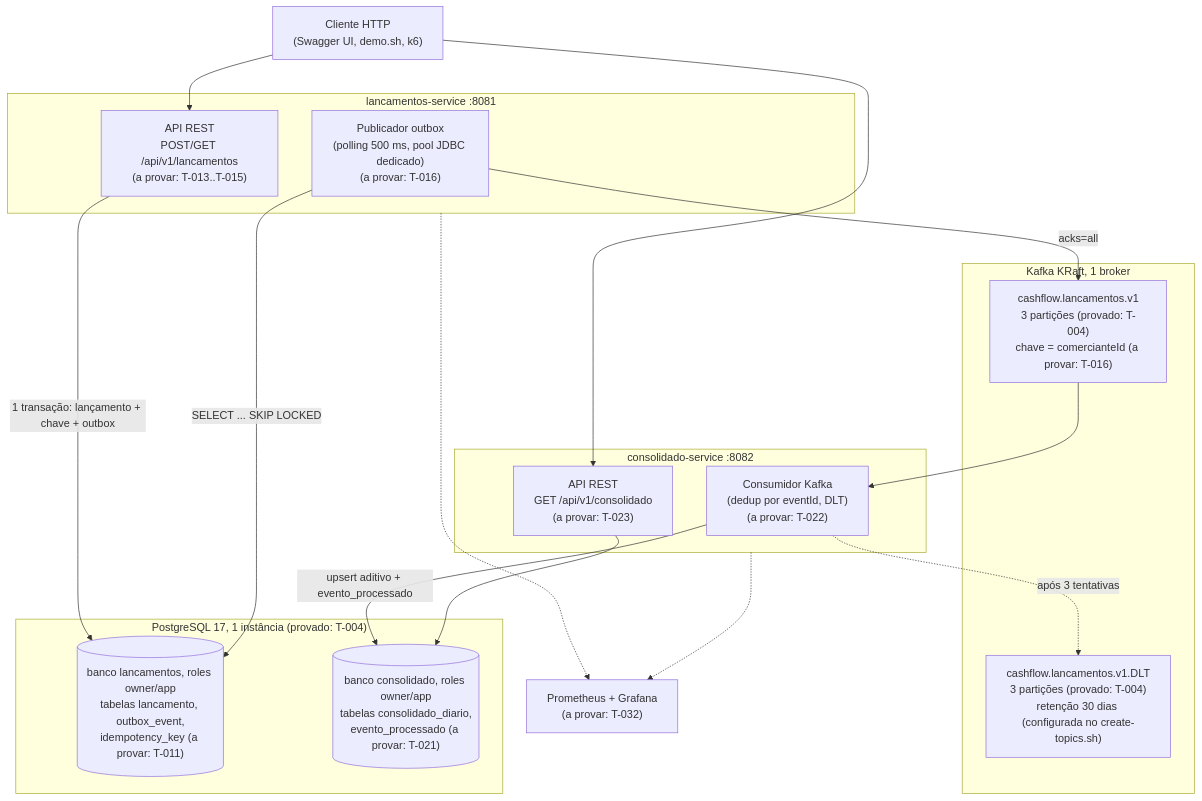
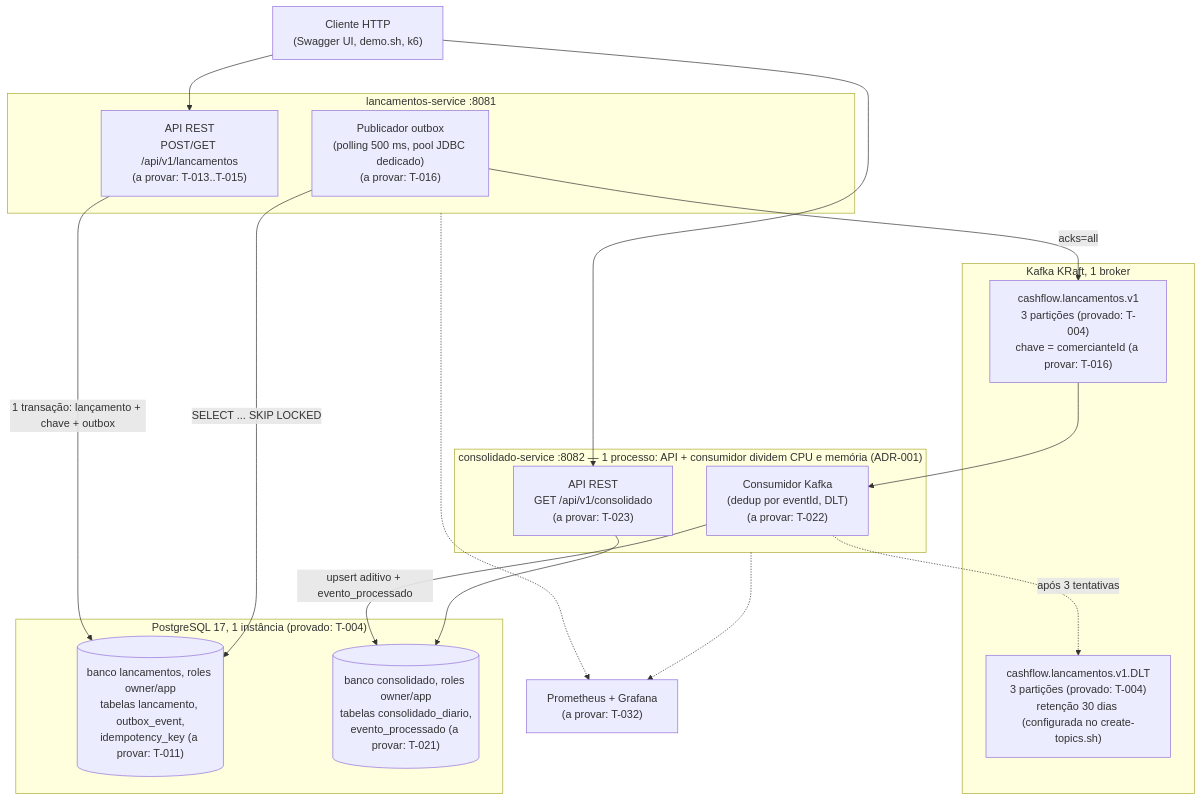
The second of 4 diagrams in docs/architecture/architecture.md (VictorLeaSilva/cashflow-platform), drawn with Mermaid before and after one commit. The commit also changed other lines of this file and 5 other files, not shown here.

````diff
--- a/docs/architecture/architecture.md
+++ b/docs/architecture/architecture.md
@@ -74,38 +91,38 @@
 ```mermaid
 flowchart TB
     cli["Cliente HTTP<br/>(Swagger UI, demo.sh, k6)"]
 
     subgraph L["lancamentos-service :8081"]
       lapi["API REST<br/>POST/GET /api/v1/lancamentos<br/>(a provar: T-013..T-015)"]
       lpub["Publicador outbox<br/>(polling 500 ms, pool JDBC dedicado)<br/>(a provar: T-016)"]
     end
 
-    subgraph C["consolidado-service :8082"]
+    subgraph C["consolidado-service :8082 — 1 processo: API + consumidor dividem CPU e memória (ADR-001)"]
       capi["API REST<br/>GET /api/v1/consolidado<br/>(a provar: T-023)"]
       ccons["Consumidor Kafka<br/>(dedup por eventId, DLT)<br/>(a provar: T-022)"]
     end
 
     subgraph PG["PostgreSQL 17, 1 instância (provado: T-004)"]
       dbl[("banco lancamentos, roles owner/app<br/>tabelas lancamento, outbox_event,<br/>idempotency_key (a provar: T-011)")]
       dbc[("banco consolidado, roles owner/app<br/>tabelas consolidado_diario,<br/>evento_processado (a provar: T-021)")]
     end
 
     subgraph K["Kafka KRaft, 1 broker"]
       t["cashflow.lancamentos.v1<br/>3 partições (provado: T-004)<br/>chave = comercianteId (a provar: T-016)"]
       dlt["cashflow.lancamentos.v1.DLT<br/>3 partições (provado: T-004)<br/>retenção 30 dias (configurada no create-topics.sh)"]
     end
 
     prom["Prometheus + Grafana<br/>(a provar: T-032)"]
 
     cli --> lapi
     cli --> capi
     lapi -->|"1 transação: lançamento + chave + outbox"| dbl
     lpub -->|"SELECT ... SKIP LOCKED"| dbl
     lpub -->|"acks=all"| t
     t --> ccons
     ccons -->|"upsert aditivo + evento_processado"| dbc
     ccons -.->|"após 3 tentativas"| dlt
     capi --> dbc
     L -.-> prom
     C -.-> prom
 ```
````
